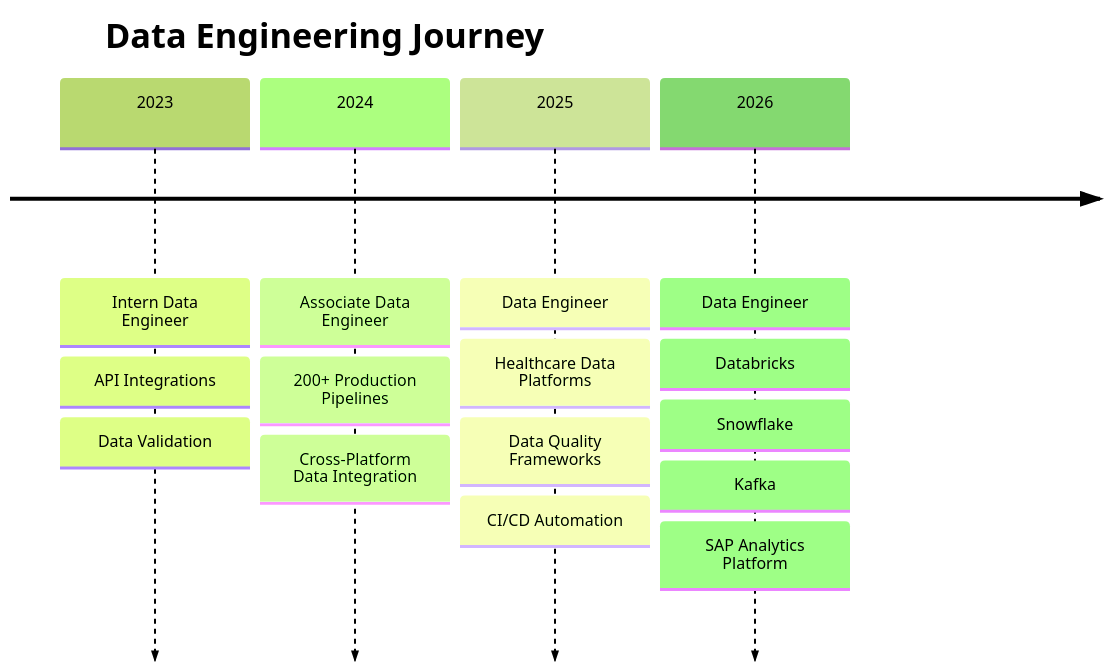
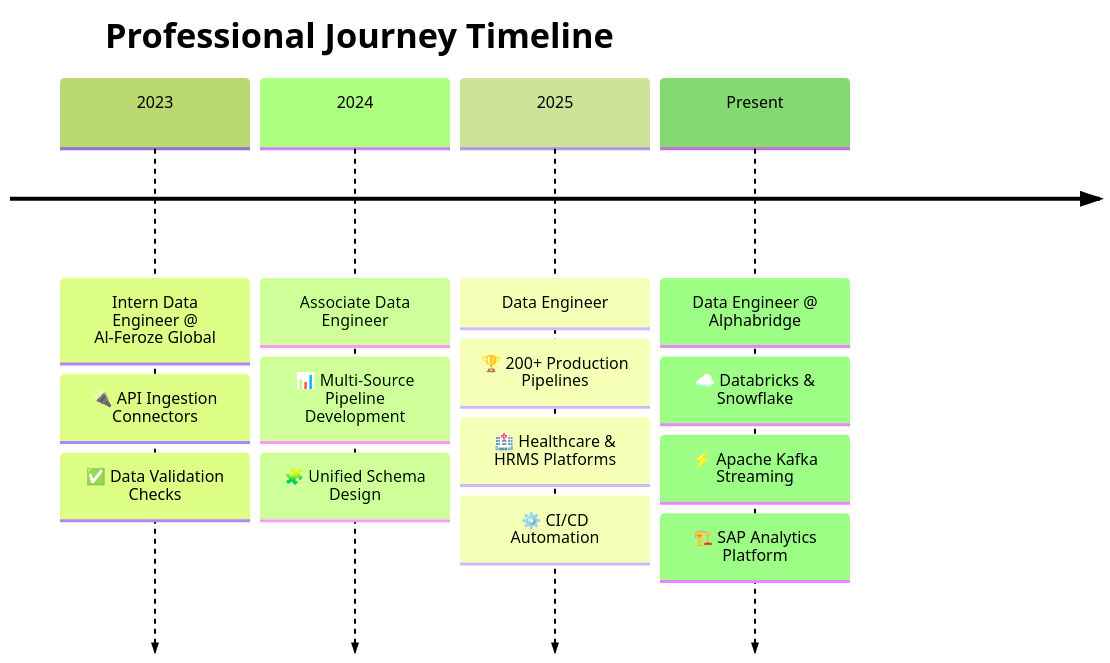
One commit to ChaudharyAliHassan572/ChaudharyAliHassan572 changed the diagram in README.md. Above: the diagram before and after it, drawn with Mermaid (forest theme). The commit also changed other lines of this file, not shown here.

Commit message:
Data Engineering Update

````diff
--- a/README.md
+++ b/README.md
@@ -49,23 +66,22 @@
 ```mermaid
 timeline
-    title Data Engineering Journey
+    title Professional Journey Timeline
 
-    2023 : Intern Data Engineer
-         : API Integrations
-         : Data Validation
+    2023 : Intern Data Engineer @ Al-Feroze Global
+         : 🔌 API Ingestion Connectors
+         : ✅ Data Validation Checks
 
     2024 : Associate Data Engineer
-         : 200+ Production Pipelines
-         : Cross-Platform Data Integration
+         : 📊 Multi-Source Pipeline Development
+         : 🧩 Unified Schema Design
 
     2025 : Data Engineer
-         : Healthcare Data Platforms
-         : Data Quality Frameworks
-         : CI/CD Automation
+         : 🏆 200+ Production Pipelines
+         : 🏥 Healthcare & HRMS Platforms
+         : ⚙️ CI/CD Automation
 
-    2026 : Data Engineer
-         : Databricks
-         : Snowflake
-         : Kafka
-         : SAP Analytics Platform
+    Present : Data Engineer @ Alphabridge
+            : ☁️ Databricks & Snowflake
+            : ⚡ Apache Kafka Streaming
+            : 🏗️ SAP Analytics Platform
 ```
````
